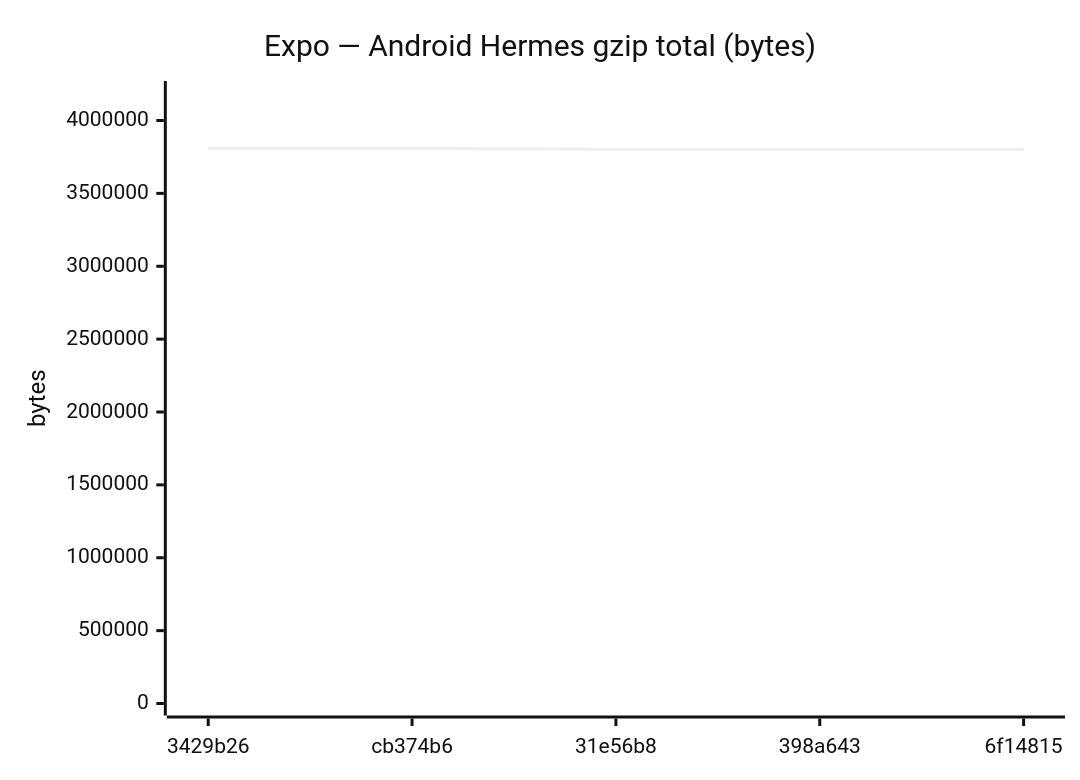
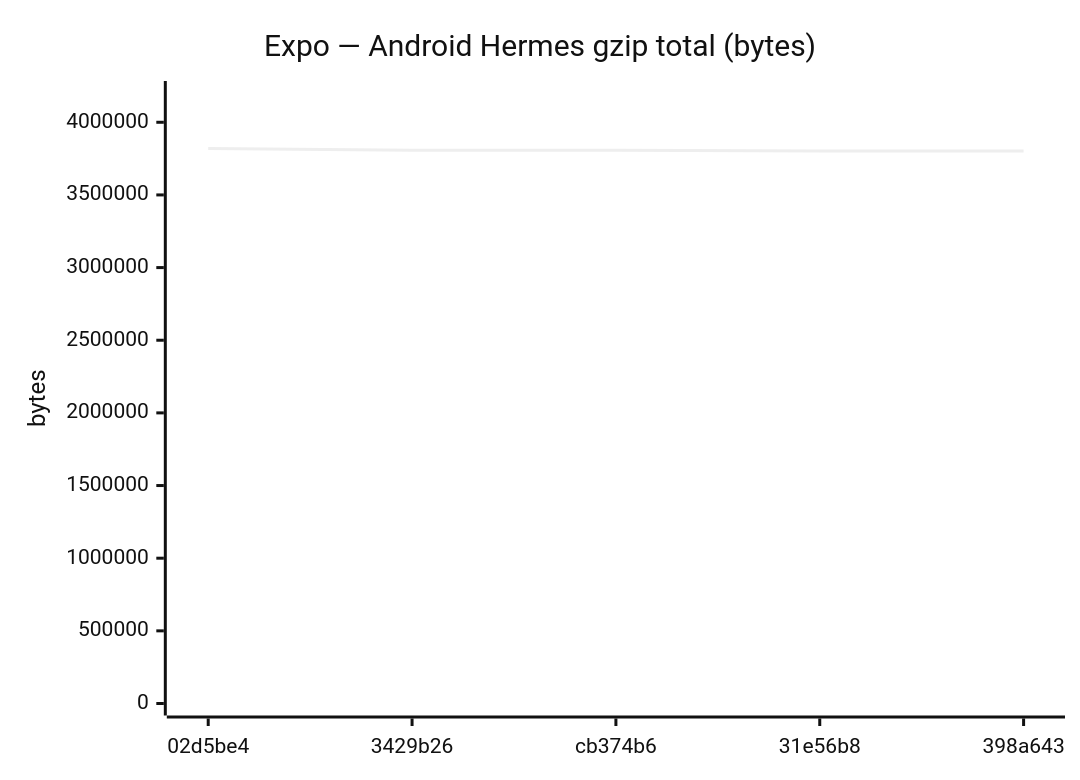
One commit to Metaheurist/Rianell changed diagram 11 of 18 in benchmarks/compare.md. Above: the diagram before and after it, drawn with Mermaid (neutral theme). The commit also changed other lines of this file and 11 other files, not shown here.

````diff
--- a/benchmarks/compare.md
+++ b/benchmarks/compare.md
@@ -172,7 +172,7 @@
 ```mermaid
 xychart-beta
     title "Expo — Android Hermes gzip total (bytes)"
-    x-axis ["3429b26", "cb374b6", "31e56b8", "398a643", "6f14815"]
-    y-axis "bytes" 0 --> 4188742
-    line [3807947, 3807947, 3802529, 3802528, 3802527]
+    x-axis ["02d5be4", "3429b26", "cb374b6", "31e56b8", "398a643"]
+    y-axis "bytes" 0 --> 4201489
+    line [3819535, 3807947, 3807947, 3802529, 3802528]
 ```
````
